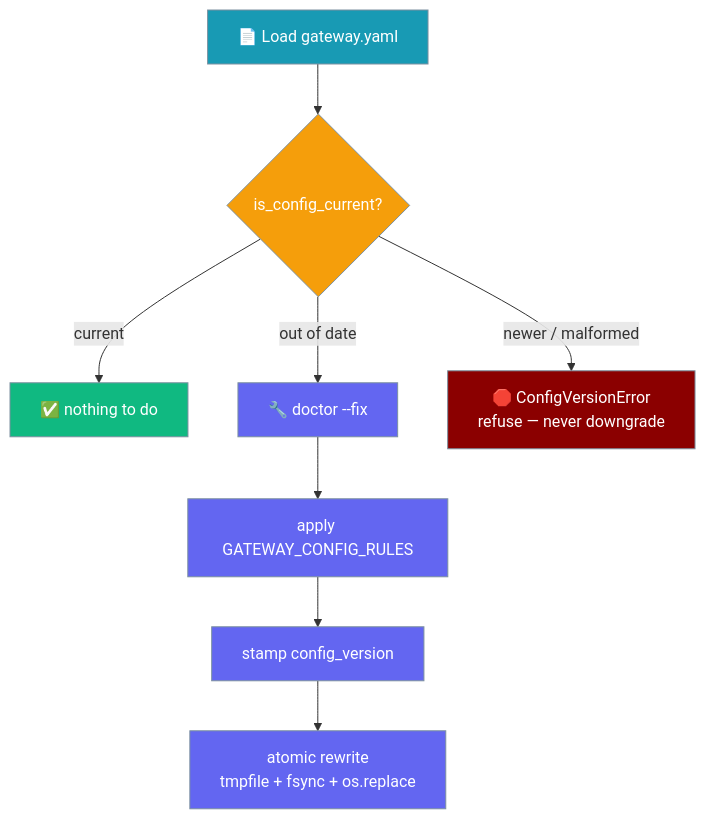
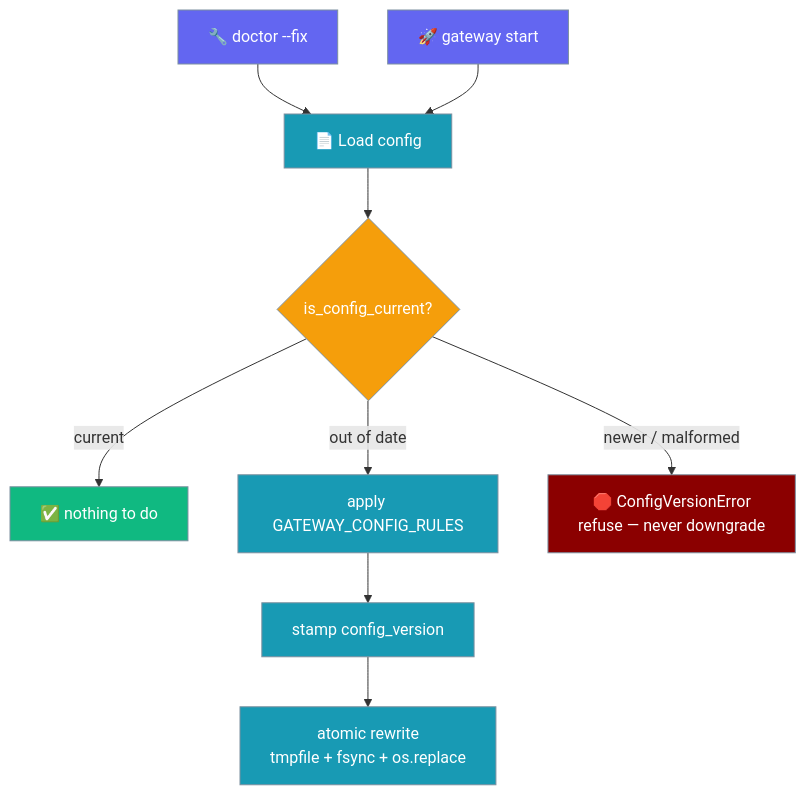
One commit to MervinPraison/PraisonAIDocs changed the third of 3 diagrams in docs/features/gateway-config-migration.mdx. Above: the diagram before and after it, drawn with Mermaid. The commit also changed other lines of this file and 4 other files, not shown here.

First line of the commit message:
docs: gateway boot experience — config discovery, start-time version gate, durable run recovery (fixes #2809)

````diff
--- a/docs/features/gateway-config-migration.mdx
+++ b/docs/features/gateway-config-migration.mdx
@@ -224,22 +226,25 @@
 ```mermaid
 graph TB
-    Load[📄 Load gateway.yaml] --> Check{is_config_current?}
+    Doctor[🔧 doctor --fix] --> Load
+    Start[🚀 gateway start] --> Load
+    Load[📄 Load config] --> Check{is_config_current?}
     Check -->|current| OK[✅ nothing to do]
-    Check -->|out of date| Fix[🔧 doctor --fix]
+    Check -->|out of date| Apply[apply GATEWAY_CONFIG_RULES]
     Check -->|newer / malformed| Refuse[🛑 ConfigVersionError<br/>refuse — never downgrade]
-    Fix --> Apply[apply GATEWAY_CONFIG_RULES]
     Apply --> Stamp[stamp config_version]
     Stamp --> Write[atomic rewrite<br/>tmpfile + fsync + os.replace]
 
+    classDef entry fill:#6366F1,stroke:#7C90A0,color:#fff
     classDef load fill:#189AB4,stroke:#7C90A0,color:#fff
     classDef gate fill:#F59E0B,stroke:#7C90A0,color:#fff
     classDef good fill:#10B981,stroke:#7C90A0,color:#fff
     classDef stop fill:#8B0000,stroke:#7C90A0,color:#fff
-    classDef act fill:#6366F1,stroke:#7C90A0,color:#fff
+    classDef act fill:#189AB4,stroke:#7C90A0,color:#fff
 
+    class Doctor,Start entry
     class Load load
     class Check gate
     class OK good
     class Refuse stop
-    class Fix,Apply,Stamp,Write act
+    class Apply,Stamp,Write act
 ```
````
